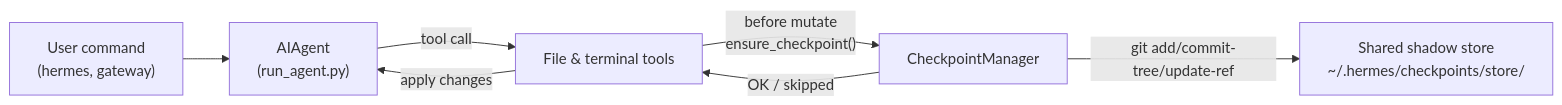
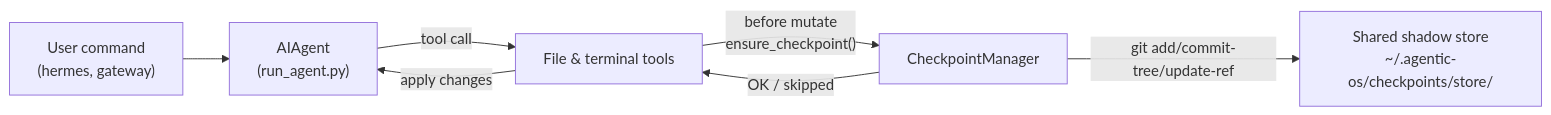
The diagram in agentic-os/website/docs/user-guide/checkpoints-and-rollback.md (subhxroy/agentic-os), drawn with Mermaid before and after one commit. The commit also changed other lines of this file and 2218 other files, not shown here.

Commit message:
refactor: rename all remaining Hermes files, folders, env vars, tests, and documentation to Agentic OS

````diff
--- a/agentic-os/website/docs/user-guide/checkpoints-and-rollback.md
+++ b/agentic-os/website/docs/user-guide/checkpoints-and-rollback.md
@@ -69,15 +69,15 @@
 ```mermaid
 flowchart LR
   user["User command\n(hermes, gateway)"]
   agent["AIAgent\n(run_agent.py)"]
   tools["File & terminal tools"]
   cpMgr["CheckpointManager"]
-  store["Shared shadow store\n~/.hermes/checkpoints/store/"]
+  store["Shared shadow store\n~/.agentic-os/checkpoints/store/"]
 
   user --> agent
   agent -->|"tool call"| tools
   tools -->|"before mutate\nensure_checkpoint()"| cpMgr
   cpMgr -->|"git add/commit-tree/update-ref"| store
   cpMgr -->|"OK / skipped"| tools
   tools -->|"apply changes"| agent
 ```
````
